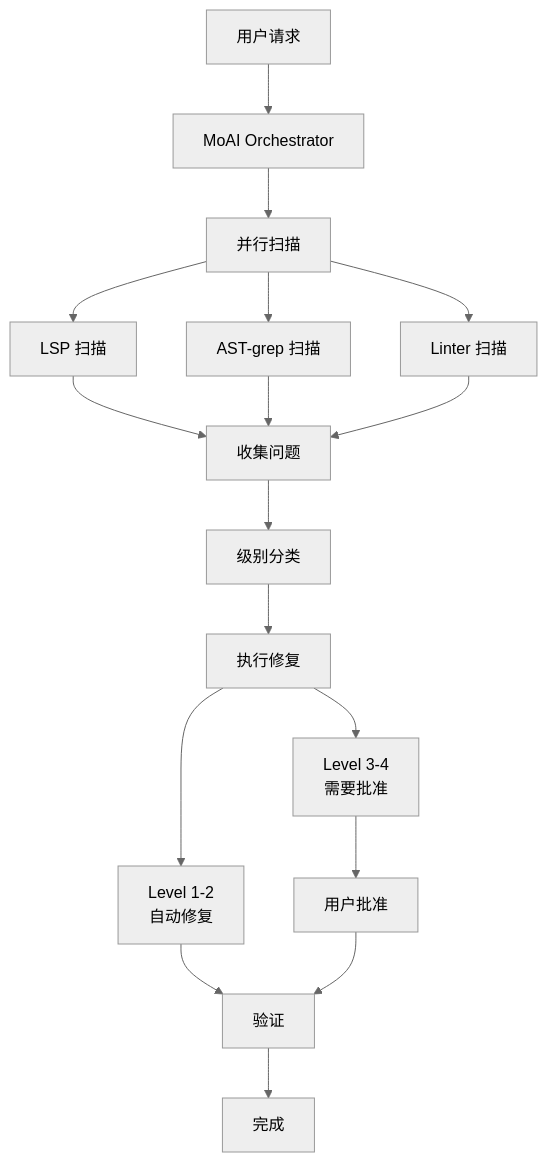
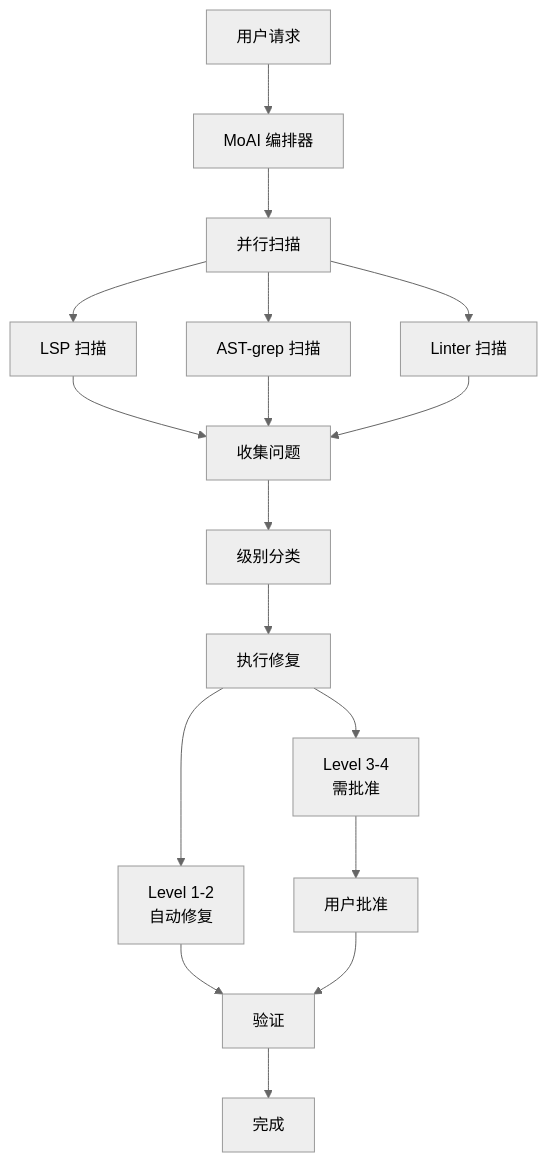
One commit to modu-ai/moai-adk changed the third of 3 diagrams in docs-site/content/zh/utility-commands/moai-fix.md. Above: the diagram before and after it, drawn with Mermaid (neutral theme). The commit also changed other lines of this file and 395 other files, not shown here.

````diff
--- a/docs-site/content/zh/utility-commands/moai-fix.md
+++ b/docs-site/content/zh/utility-commands/moai-fix.md
@@ -242,25 +242,25 @@
 ```mermaid
 flowchart TD
-    User["用户请求"] --> Orchestrator["MoAI Orchestrator"]
+    User["用户请求"] --> Orchestrator["MoAI 编排器"]
     Orchestrator --> Parallel["并行扫描"]
 
     Parallel --> LSP["LSP 扫描"]
     Parallel --> AST["AST-grep 扫描"]
     Parallel --> Linter["Linter 扫描"]
 
     LSP --> Collect["收集问题"]
     AST --> Collect
     Linter --> Collect
 
     Collect --> Classify["级别分类"]
     Classify --> Fix["执行修复"]
 
     Fix --> Level12["Level 1-2<br/>自动修复"]
-    Fix --> Level34["Level 3-4<br/>需要批准"]
+    Fix --> Level34["Level 3-4<br/>需批准"]
 
     Level12 --> Verify["验证"]
     Level34 --> UserApprove["用户批准"]
     UserApprove --> Verify
 
     Verify --> Complete["完成"]
 ```
````
